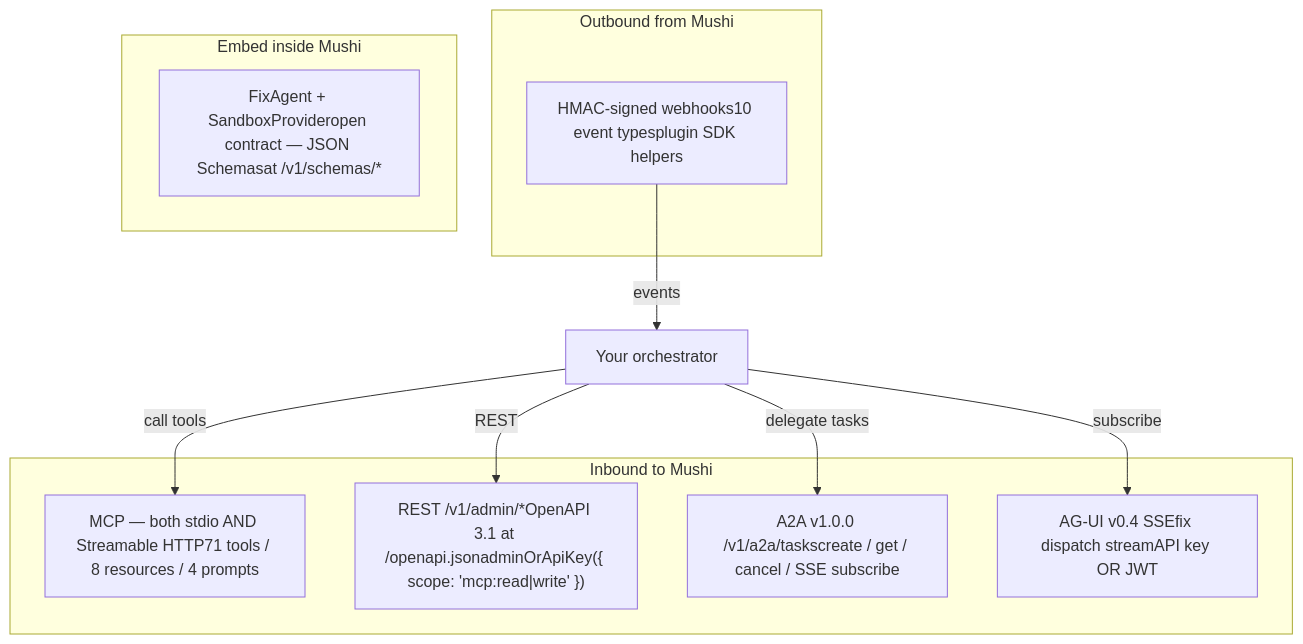
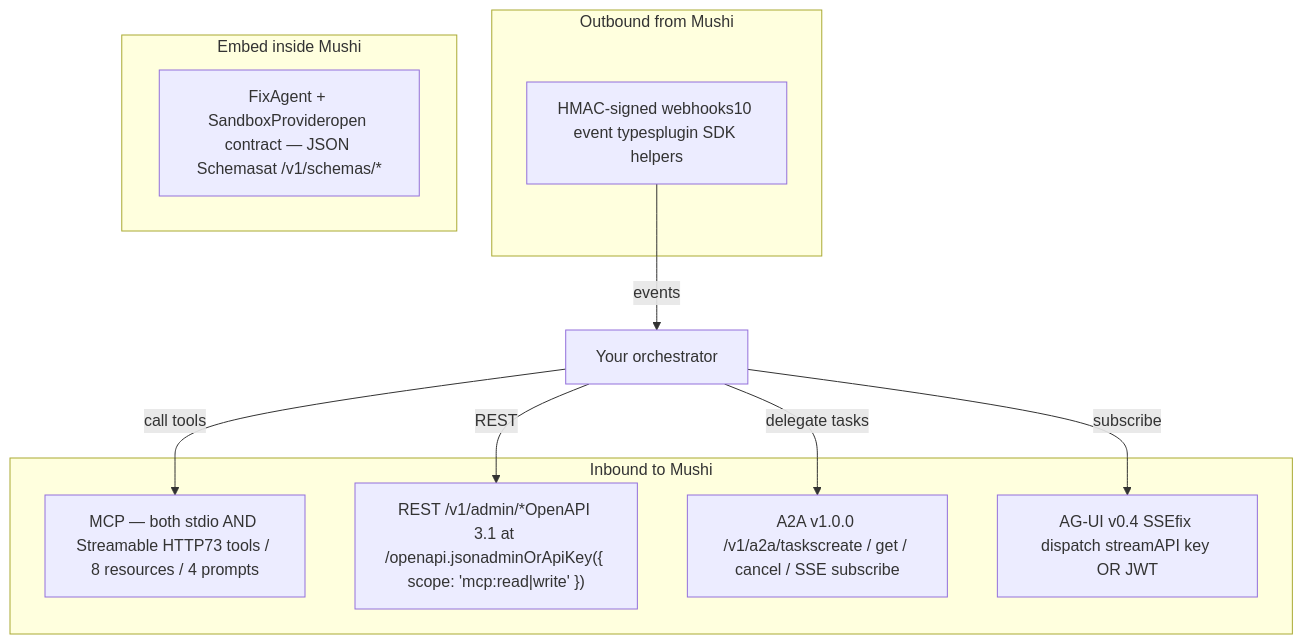
One commit to kensaurus/mushi-mushi changed the diagram in apps/docs/public/llm-md/concepts/orchestrator-interop.md. Above: the diagram before and after it, drawn with Mermaid. The commit also changed other lines of this file and 307 other files, not shown here.

````diff
--- a/apps/docs/public/llm-md/concepts/orchestrator-interop.md
+++ b/apps/docs/public/llm-md/concepts/orchestrator-interop.md
@@ -33,20 +33,20 @@
 ```mermaid
 flowchart TB
   subgraph Inbound["Inbound to Mushi"]
-    MCP["MCP — both stdio AND Streamable HTTP71 tools / 8 resources / 4 prompts"]
+    MCP["MCP — both stdio AND Streamable HTTP73 tools / 8 resources / 4 prompts"]
     REST["REST /v1/admin/*OpenAPI 3.1 at /openapi.jsonadminOrApiKey({ scope: 'mcp:read|write' })"]
     A2A["A2A v1.0.0 /v1/a2a/taskscreate / get / cancel / SSE subscribe"]
     AGUI["AG-UI v0.4 SSEfix dispatch streamAPI key OR JWT"]
   end
   subgraph Outbound["Outbound from Mushi"]
     Hooks["HMAC-signed webhooks10 event typesplugin SDK helpers"]
   end
   subgraph Native["Embed inside Mushi"]
     FA["FixAgent + SandboxProvideropen contract — JSON Schemasat /v1/schemas/*"]
   end
   Orch["Your orchestrator"] -->|"call tools"| MCP
   Orch -->|"REST"| REST
   Orch -->|"delegate tasks"| A2A
   Orch -->|"subscribe"| AGUI
   Hooks -->|"events"| Orch
 ```
````
